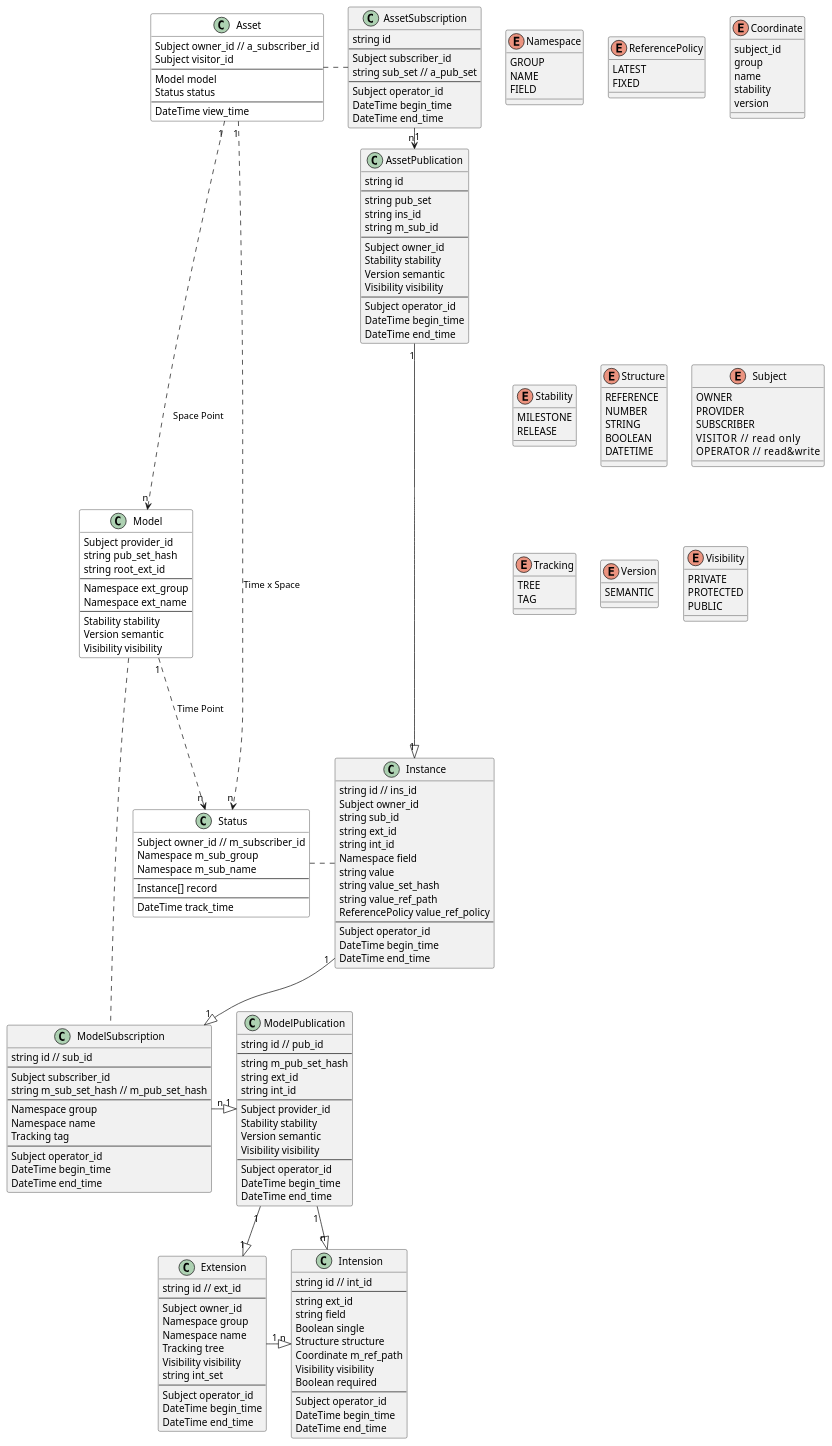
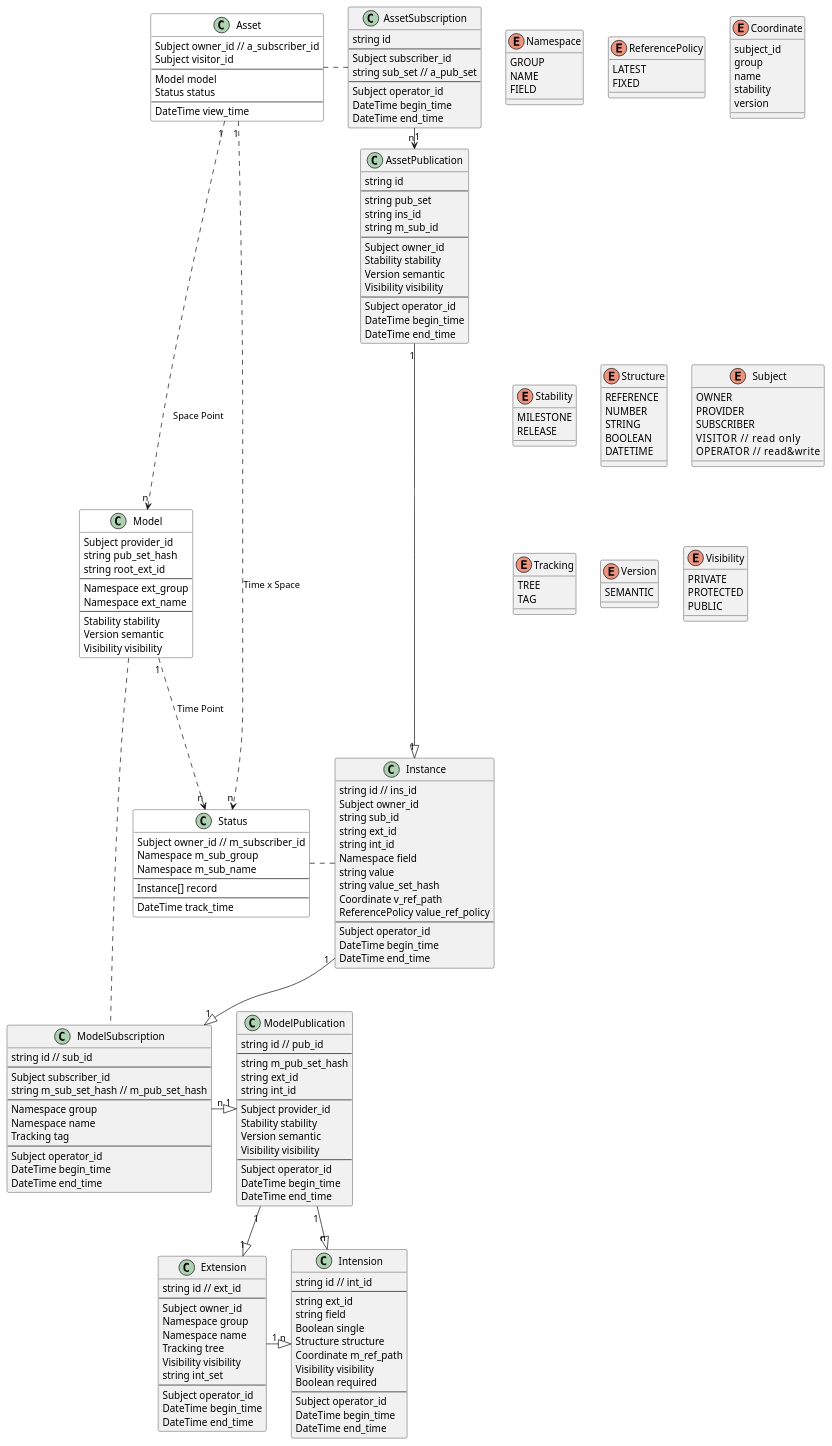
One commit to SINeWang/kiimate changed the diagram in kiimate.puml. Above: the diagram before and after it, drawn with PlantUML. The commit also changed 1 other file, not shown here.

```diff
--- a/kiimate.puml
+++ b/kiimate.puml
@@ -163,7 +163,7 @@
     Namespace field
     string value
     string value_set_hash
-    string value_ref_path
+    Coordinate v_ref_path
     ReferencePolicy value_ref_policy
     ---
     Subject operator_id
```
